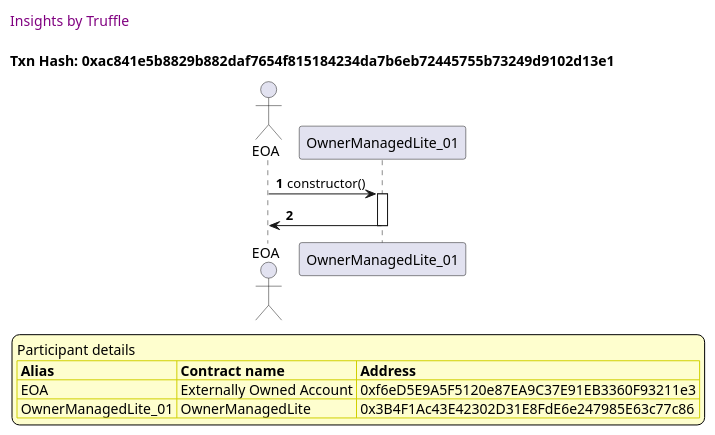
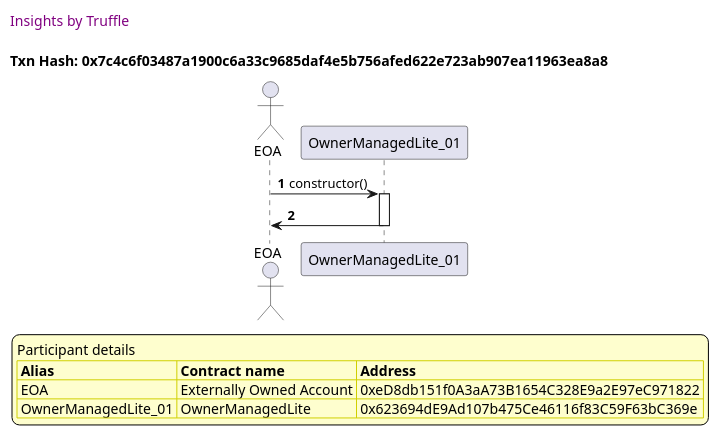
The first of 15 diagrams in truffle-seq/OwnerManagedLite_test_agree_to_state_change.md (thedarkjester/ConsensysAssignment), drawn with PlantUML before and after one commit. The commit also changed other lines of this file and 13 other files, not shown here.

````diff
--- a/truffle-seq/OwnerManagedLite_test_agree_to_state_change.md
+++ b/truffle-seq/OwnerManagedLite_test_agree_to_state_change.md
@@ -13,37 +13,37 @@
 ```plantuml
 
 
 @startuml
 
 autonumber
 skinparam legendBackgroundColor #FEFECE
 
 <style>
       header {
         HorizontalAlignment left
         FontColor purple
         FontSize 14
         Padding 10
       }
     </style>
 
 header Insights by Truffle
 
-title Txn Hash: 0xac841e5b8829b882daf7654f815184234da7b6eb72445755b73249d9102d13e1
+title Txn Hash: 0x7c4c6f03487a1900c6a33c9685daf4e5b756afed622e723ab907ea11963ea8a8
 
 
 actor EOA as "EOA"
 participant OwnerManagedLite_01 as "OwnerManagedLite_01"
 
 "EOA" -> "OwnerManagedLite_01" ++: constructor()
 "OwnerManagedLite_01" -> "EOA" --: 
 
 legend
 Participant details
 <#FEFECE,#D0D000>|= Alias |= Contract name |= Address |
-<#FEFECE>| EOA | Externally Owned Account | 0xf6eD5E9A5F5120e87EA9C37E91EB3360F93211e3 |
-<#FEFECE>| OwnerManagedLite_01 | OwnerManagedLite | 0x3B4F1Ac43E42302D31E8FdE6e247985E63c77c86 |
+<#FEFECE>| EOA | Externally Owned Account | 0xeD8db151f0A3aA73B1654C328E9a2E97eC971822 |
+<#FEFECE>| OwnerManagedLite_01 | OwnerManagedLite | 0x623694dE9Ad107b475Ce46116f83C59F63bC369e |
 endlegend
 
 @enduml
 ```
````
